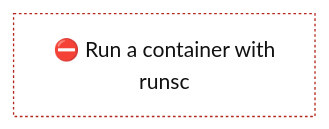
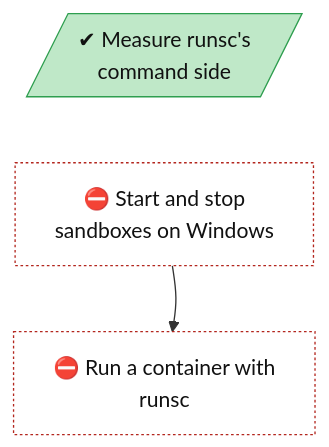
One commit to lhns/gvisor-windows changed the diagram in docs/roadmap/tracks/runsc.md. Above: the diagram before and after it, drawn with Mermaid. The commit also changed other lines of this file and 13 other files, not shown here.

````diff
--- a/docs/roadmap/tracks/runsc.md
+++ b/docs/roadmap/tracks/runsc.md
@@ -10,19 +10,25 @@
 ```mermaid
 flowchart TB
+    runsc_measure_cli[/"✔ Measure runsc's<br/>command side"/]
+    runsc_sandbox_lifecycle["⛔ Start and stop<br/>sandboxes on Windows"]
     runsc_container_on_windows["⛔ Run a container with<br/>runsc"]
+    runsc_measure_cli ~~~ runsc_sandbox_lifecycle
+    runsc_sandbox_lifecycle ~~~ runsc_container_on_windows
+    runsc_sandbox_lifecycle --> runsc_container_on_windows
     classDef vsucc fill:#2e9e4f,stroke:#1b6b34,color:#fff
     classDef succ fill:#bfe8c8,stroke:#2e9e4f,color:#111
     classDef mixed fill:#ffd37a,stroke:#c98a00,color:#111
     classDef bad fill:#f28b82,stroke:#b3261e,color:#111
     classDef dead fill:#e6e6e6,stroke:#777,stroke-dasharray:5 5,color:#555
     classDef inprog fill:#a8cdf5,stroke:#1f6fc5,color:#111
     classDef next fill:#fff,stroke:#333,color:#111
     classDef blocked fill:#fff,stroke:#b3261e,stroke-dasharray:2 2,color:#111
     classDef parked fill:#f3f3f3,stroke:#999,color:#555
     classDef unrated fill:#fff,stroke:#333,stroke-dasharray:1 3,color:#111
     classDef gate fill:#d9c2f0,stroke:#7b3fb5,color:#111
     classDef decided fill:#ece0f7,stroke:#7b3fb5,stroke-dasharray:2 2,color:#111
     classDef finding fill:#ffe0b2,stroke:#d84315,stroke-width:2px,color:#111
     classDef waiting fill:#e3f2fd,stroke:#1f6fc5,stroke-dasharray:5 5,color:#111
-    class runsc_container_on_windows blocked
+    class runsc_measure_cli succ
+    class runsc_sandbox_lifecycle,runsc_container_on_windows blocked
 ```
````
